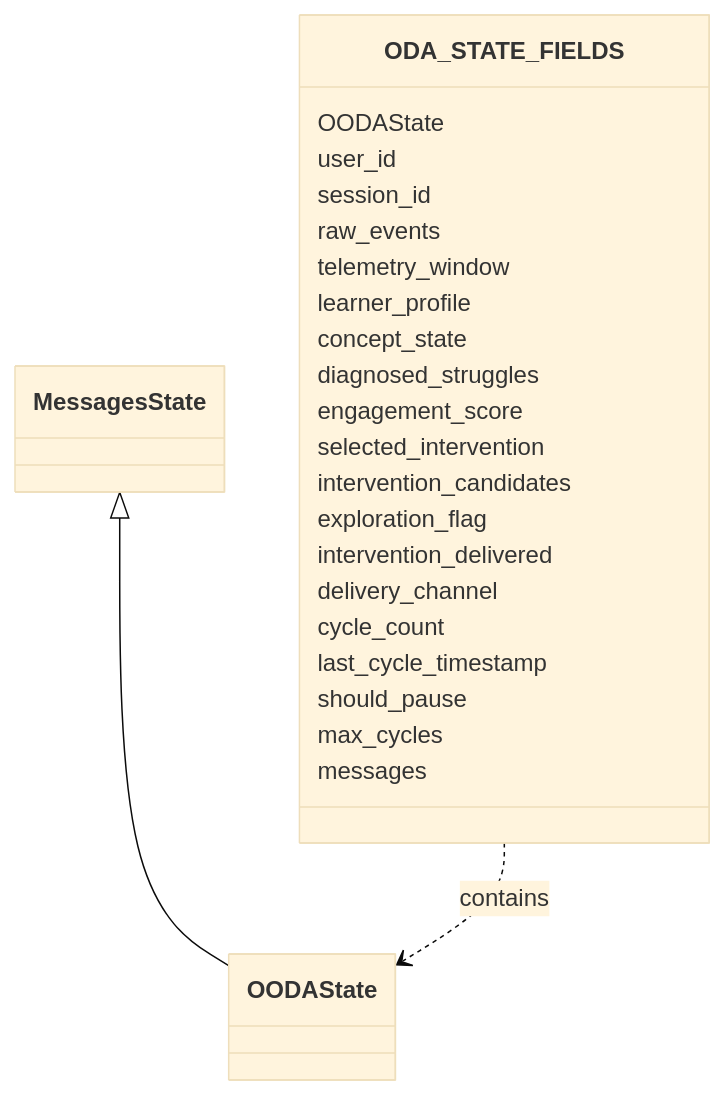
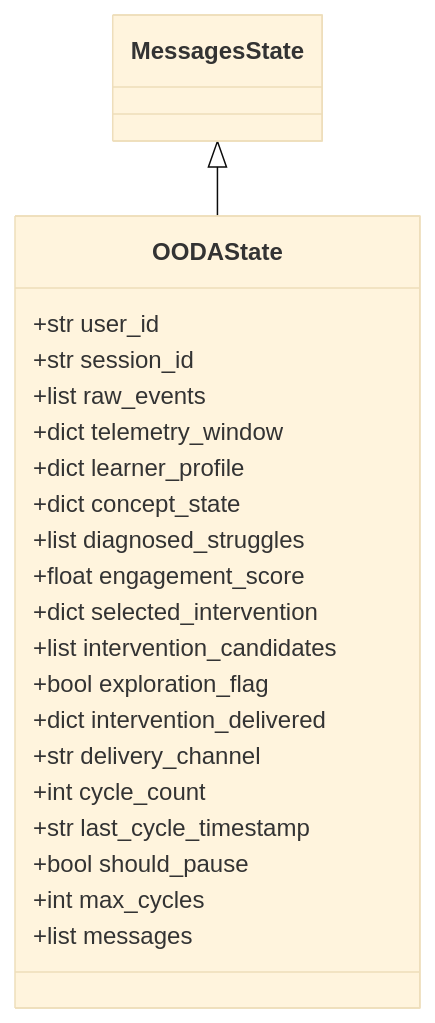
The third of 12 diagrams in docs/phase-05-ooda-agent/00-system-design.md (Het-Shah21/AB6_AI), drawn with Mermaid (base theme) before and after one commit. The commit also changed other lines of this file and 12 other files, not shown here.

First line of the commit message:
Fix Mermaid diagrams: <br/> -> <br> and resolve other GitHub-render issues

````diff
--- a/docs/phase-05-ooda-agent/00-system-design.md
+++ b/docs/phase-05-ooda-agent/00-system-design.md
@@ -88,28 +88,27 @@
 ```mermaid
 classDiagram
     class MessagesState
     class OODAState
     MessagesState <|-- OODAState
 
-    ODA_STATE_FIELDS : OODAState
-    ODA_STATE_FIELDS : user_id
-    ODA_STATE_FIELDS : session_id
-    ODA_STATE_FIELDS : raw_events
-    ODA_STATE_FIELDS : telemetry_window
-    ODA_STATE_FIELDS : learner_profile
-    ODA_STATE_FIELDS : concept_state
-    ODA_STATE_FIELDS : diagnosed_struggles
-    ODA_STATE_FIELDS : engagement_score
-    ODA_STATE_FIELDS : selected_intervention
-    ODA_STATE_FIELDS : intervention_candidates
-    ODA_STATE_FIELDS : exploration_flag
-    ODA_STATE_FIELDS : intervention_delivered
-    ODA_STATE_FIELDS : delivery_channel
-    ODA_STATE_FIELDS : cycle_count
-    ODA_STATE_FIELDS : last_cycle_timestamp
-    ODA_STATE_FIELDS : should_pause
-    ODA_STATE_FIELDS : max_cycles
-    ODA_STATE_FIELDS : messages
-
-    ODA_STATE_FIELDS ..> OODAState : contains
+    class OODAState {
+        +str user_id
+        +str session_id
+        +list raw_events
+        +dict telemetry_window
+        +dict learner_profile
+        +dict concept_state
+        +list diagnosed_struggles
+        +float engagement_score
+        +dict selected_intervention
+        +list intervention_candidates
+        +bool exploration_flag
+        +dict intervention_delivered
+        +str delivery_channel
+        +int cycle_count
+        +str last_cycle_timestamp
+        +bool should_pause
+        +int max_cycles
+        +list messages
+    }
 ```
````
